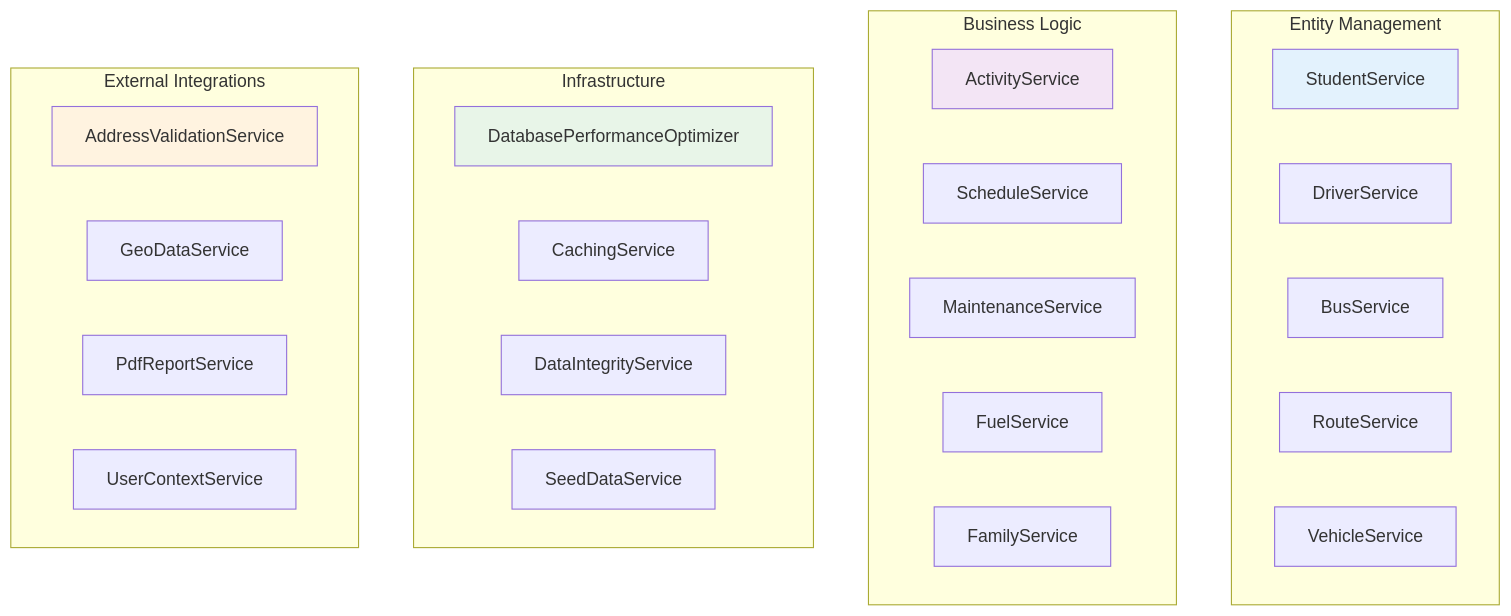
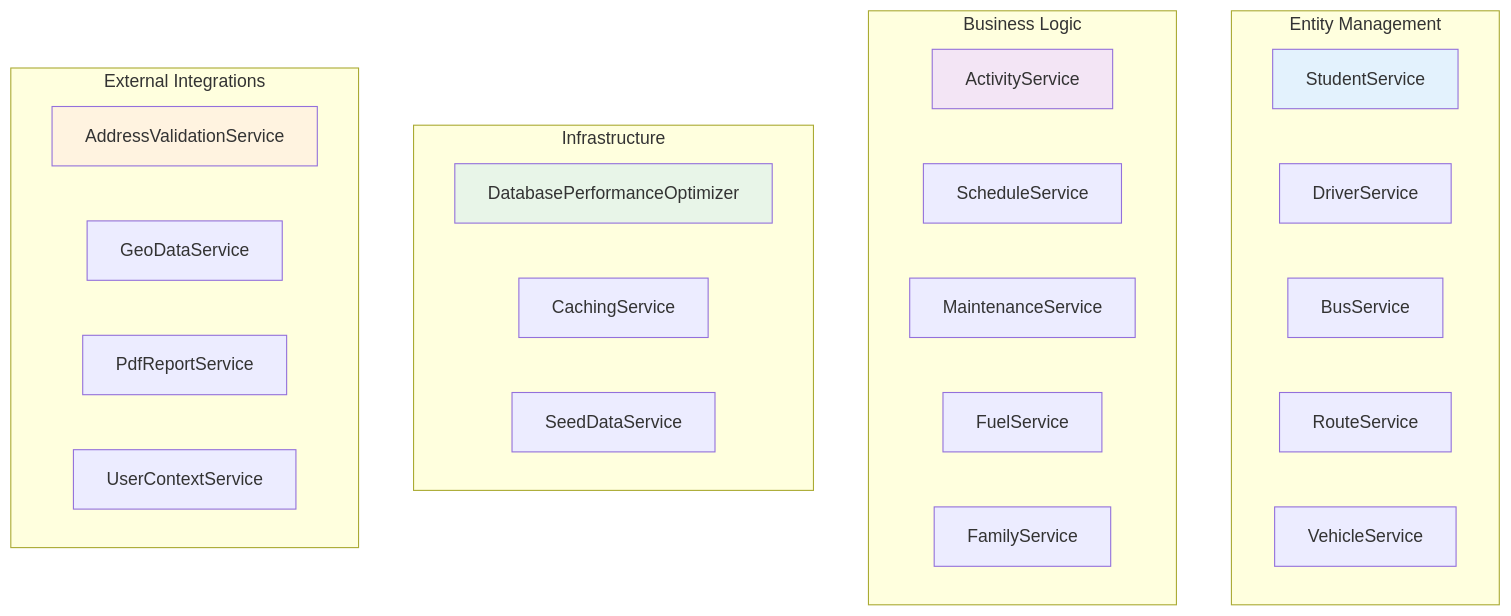
The diagram in Documentation/Reference/CORE-SERVICES-API-REFERENCE.md (Bigessfour/BusBuddy-3), drawn with Mermaid before and after one commit. The commit also changed other lines of this file and 5 other files, not shown here.

````diff
--- a/Documentation/Reference/CORE-SERVICES-API-REFERENCE.md
+++ b/Documentation/Reference/CORE-SERVICES-API-REFERENCE.md
@@ -11,37 +11,36 @@
 ```mermaid
 graph TB
     subgraph "Entity Management"
         A[StudentService]
         B[DriverService]
         C[BusService]
         D[RouteService]
         E[VehicleService]
     end
 
     subgraph "Business Logic"
         F[ActivityService]
         G[ScheduleService]
         H[MaintenanceService]
         I[FuelService]
         J[FamilyService]
     end
 
     subgraph "Infrastructure"
         K[DatabasePerformanceOptimizer]
         L[CachingService]
-        M[DataIntegrityService]
         N[SeedDataService]
     end
 
     subgraph "External Integrations"
         O[AddressValidationService]
         P[GeoDataService]
         Q[PdfReportService]
         R[UserContextService]
     end
 
     style A fill:#e3f2fd
     style F fill:#f3e5f5
     style K fill:#e8f5e8
     style O fill:#fff3e0
 ```
````
